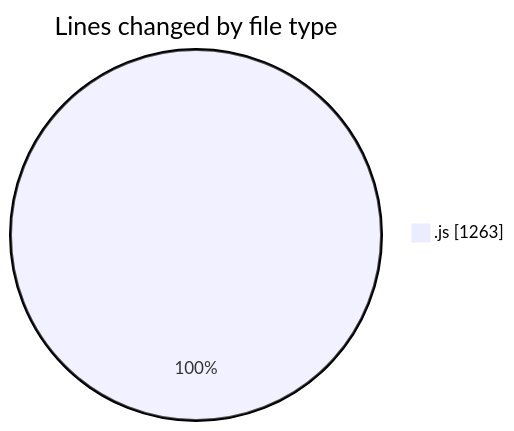
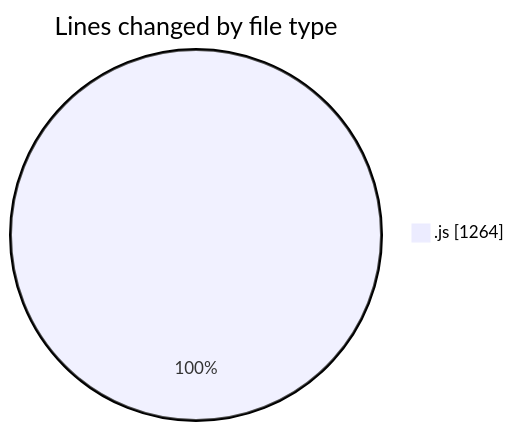
Before and after one commit to nxtqubesakshisongat/code-tracking: the first of 2 diagrams in 2025-09-08/cashcalculator/README.md, drawn with Mermaid. The commit also changed other lines of this file and 1 other file, not shown here.

````diff
--- a/2025-09-08/cashcalculator/README.md
+++ b/2025-09-08/cashcalculator/README.md
@@ -20,5 +20,5 @@
 ```mermaid
 pie showData
 title Lines changed by file type
-".js" : 1263
+".js" : 1264
 ```
````
